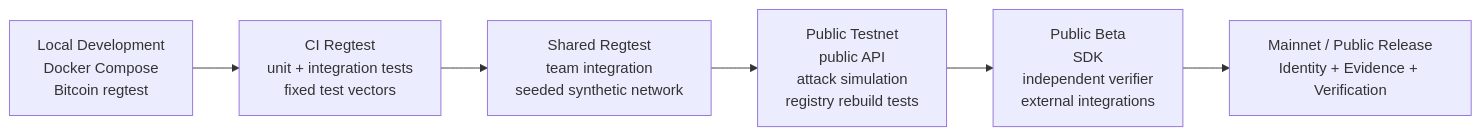
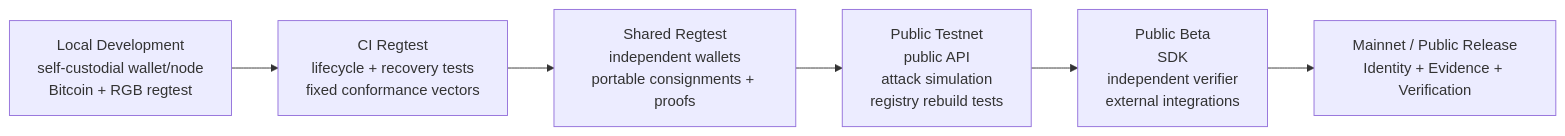
Before and after one commit to EdwinKestler/o2a-protocol: the first of 2 diagrams in docs/diagrams/06-deployment-pipeline.md, drawn with Mermaid. The commit also changed other lines of this file and 46 other files, not shown here.

Commit message:
Align O2A with Bitcoin-rooted self-custodial identity

````diff
--- a/docs/diagrams/06-deployment-pipeline.md
+++ b/docs/diagrams/06-deployment-pipeline.md
@@ -5,11 +5,11 @@
 ```mermaid
 flowchart LR
-    DEV["Local Development<br/>Docker Compose<br/>Bitcoin regtest"]
-    CI["CI Regtest<br/>unit + integration tests<br/>fixed test vectors"]
-    SHR["Shared Regtest<br/>team integration<br/>seeded synthetic network"]
+    DEV["Local Development<br/>self-custodial wallet/node<br/>Bitcoin + RGB regtest"]
+    CI["CI Regtest<br/>lifecycle + recovery tests<br/>fixed conformance vectors"]
+    SHR["Shared Regtest<br/>independent wallets<br/>portable consignments + proofs"]
     TEST["Public Testnet<br/>public API<br/>attack simulation<br/>registry rebuild tests"]
     BETA["Public Beta<br/>SDK<br/>independent verifier<br/>external integrations"]
     MAIN["Mainnet / Public Release<br/>Identity + Evidence + Verification"]
 
     DEV --> CI --> SHR --> TEST --> BETA --> MAIN
 ```
````
